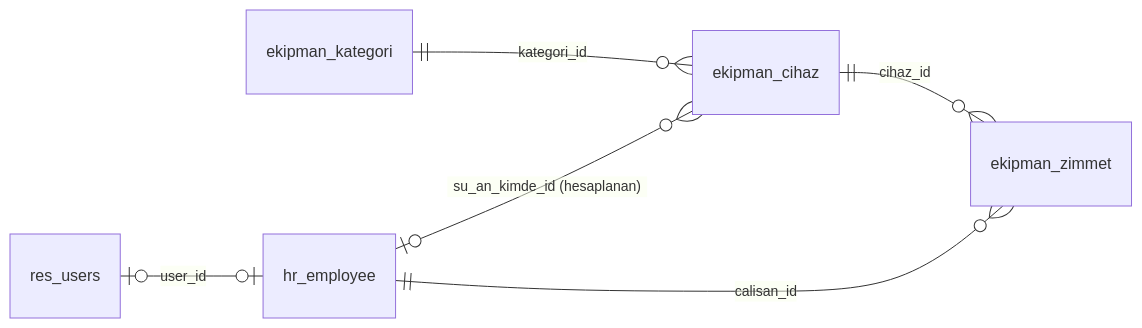
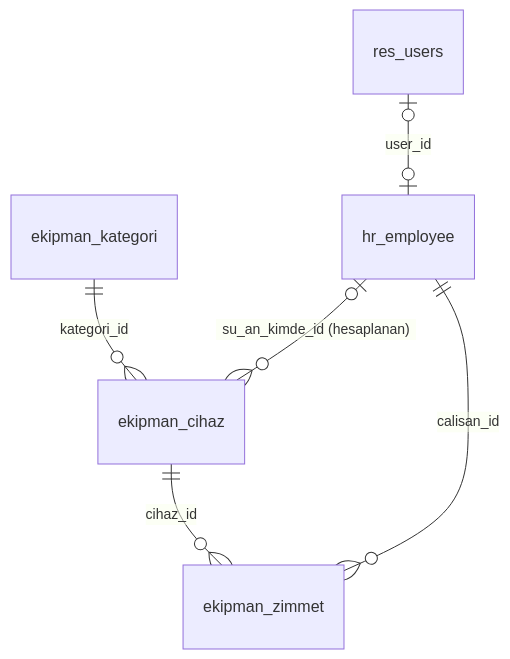
Before and after one commit to onurbcoban/ekipman-zimmet-case-study: the first of 2 diagrams in README.md, drawn with Mermaid. The commit also changed other lines of this file and 1 other file, not shown here.

Commit message:
docs: README diyagramları dikey yapıldı; eğitim dokümanına v2 ekran görüntüsü yer tutucuları eklendi

````diff
--- a/README.md
+++ b/README.md
@@ -45,9 +45,9 @@
 ```mermaid
 erDiagram
-    direction LR
+    direction TB
     ekipman_kategori ||--o{ ekipman_cihaz : "kategori_id"
     ekipman_cihaz ||--o{ ekipman_zimmet : "cihaz_id"
     hr_employee ||--o{ ekipman_zimmet : "calisan_id"
     hr_employee |o--o{ ekipman_cihaz : "su_an_kimde_id (hesaplanan)"
     res_users |o--o| hr_employee : "user_id"
 ```
````
